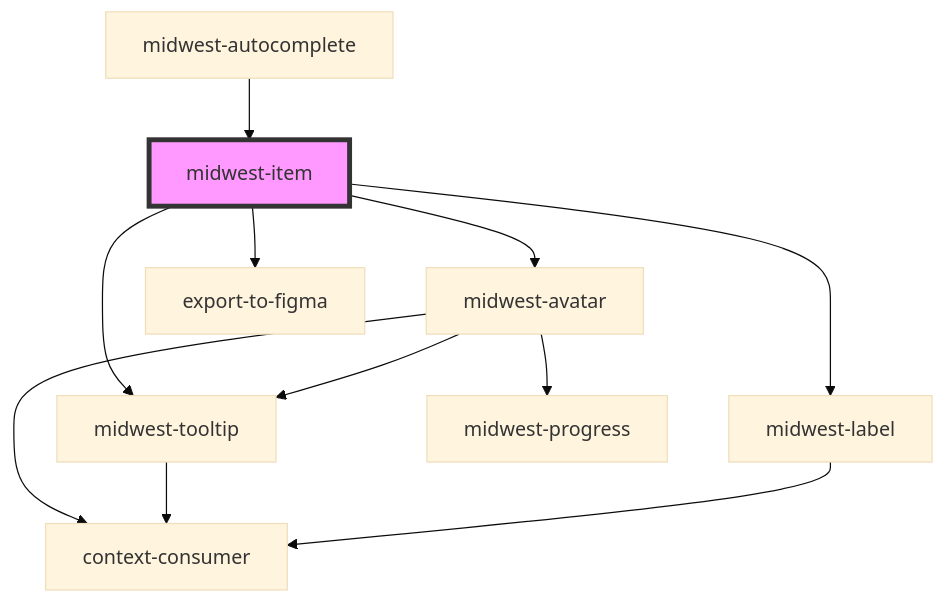
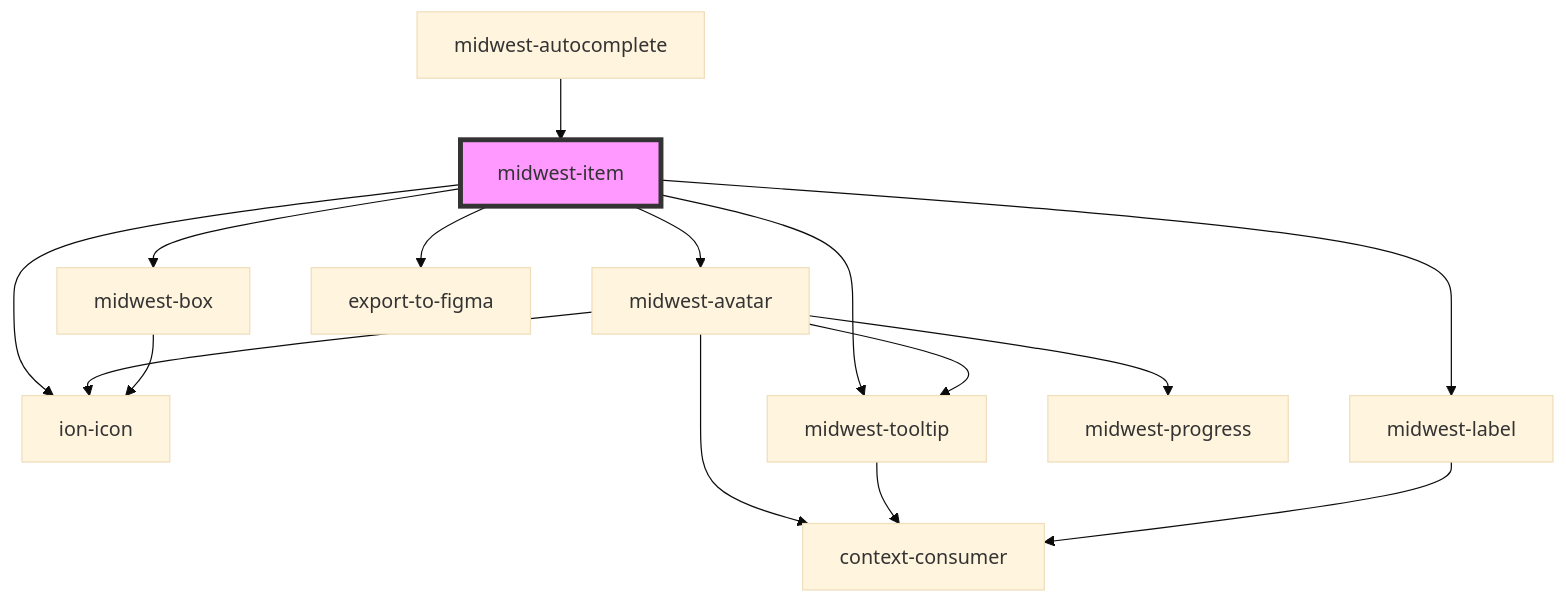
The diagram in packages/core/docs/components/forms/item/readme.md (splitinfinities/Midwest), drawn with Mermaid (base theme) before and after one commit. The commit also changed other lines of this file and 388 other files, not shown here.

````diff
--- a/packages/core/docs/components/forms/item/readme.md
+++ b/packages/core/docs/components/forms/item/readme.md
@@ -75,14 +77,18 @@
 ```mermaid
 graph TD;
   midwest-item --> midwest-avatar
+  midwest-item --> ion-icon
+  midwest-item --> midwest-box
   midwest-item --> midwest-label
   midwest-item --> midwest-tooltip
   midwest-item --> export-to-figma
   midwest-avatar --> midwest-progress
+  midwest-avatar --> ion-icon
   midwest-avatar --> midwest-tooltip
   midwest-avatar --> context-consumer
   midwest-tooltip --> context-consumer
+  midwest-box --> ion-icon
   midwest-label --> context-consumer
   midwest-autocomplete --> midwest-item
   style midwest-item fill:#f9f,stroke:#333,stroke-width:4px
 ```
````
